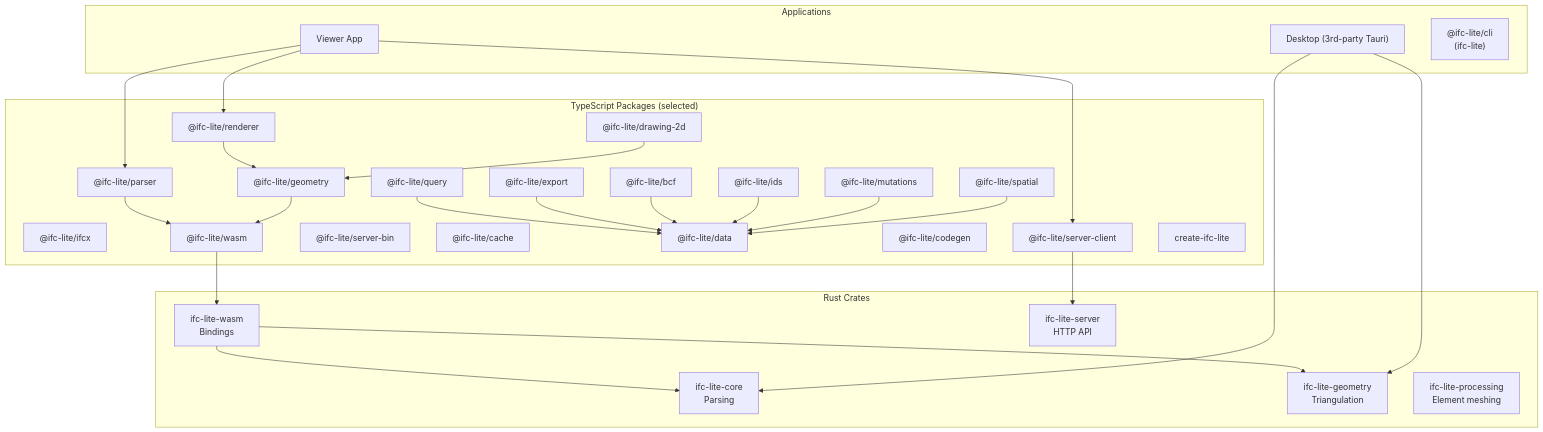
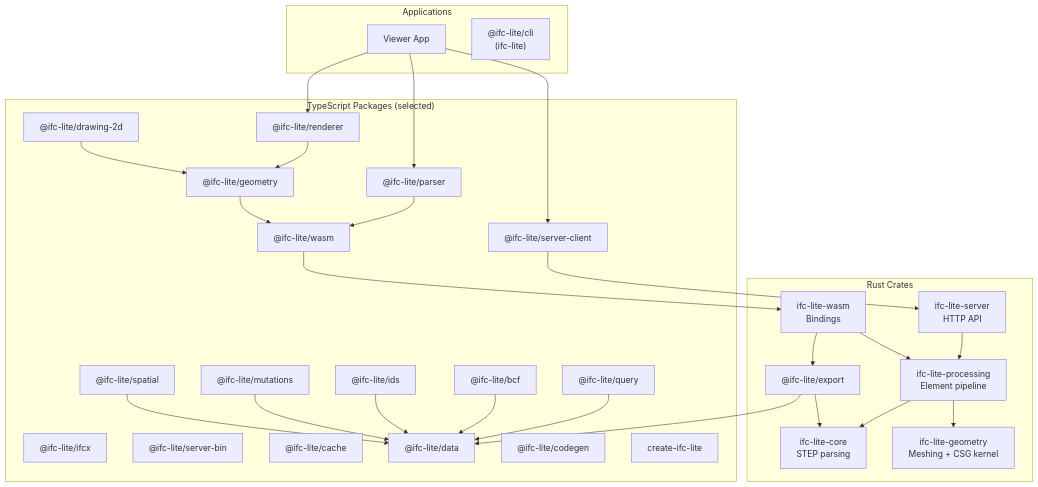
The seventh of 18 diagrams in docs/architecture/overview.md (LTplus-AG/ifc-lite), drawn with Mermaid before and after one commit. The commit also changed other lines of this file and 78 other files, not shown here.

````diff
--- a/docs/architecture/overview.md
+++ b/docs/architecture/overview.md
@@ -198,57 +198,59 @@
 ```mermaid
 graph TB
     subgraph Rust["Rust Crates"]
-        Core["ifc-lite-core<br/>Parsing"]
-        Geo["ifc-lite-geometry<br/>Triangulation"]
-        Processing["ifc-lite-processing<br/>Element meshing"]
+        Core["ifc-lite-core<br/>STEP parsing"]
+        Geo["ifc-lite-geometry<br/>Meshing + CSG kernel"]
+        Processing["ifc-lite-processing<br/>Element pipeline"]
+        Export["ifc-lite-export<br/>Exporters"]
         Wasm["ifc-lite-wasm<br/>Bindings"]
         Server["ifc-lite-server<br/>HTTP API"]
     end
 
     subgraph TS["TypeScript Packages (selected)"]
         Parser["@ifc-lite/parser"]
         IFCX["@ifc-lite/ifcx"]
         Geometry["@ifc-lite/geometry"]
         Renderer["@ifc-lite/renderer"]
         ServerClient["@ifc-lite/server-client"]
         ServerBin["@ifc-lite/server-bin"]
         Cache["@ifc-lite/cache"]
         Query["@ifc-lite/query"]
         Data["@ifc-lite/data"]
         Export["@ifc-lite/export"]
         BCF["@ifc-lite/bcf"]
         IDS["@ifc-lite/ids"]
         Drawing2D["@ifc-lite/drawing-2d"]
         Mutations["@ifc-lite/mutations"]
         Spatial["@ifc-lite/spatial"]
         Codegen["@ifc-lite/codegen"]
         WasmTS["@ifc-lite/wasm"]
         CreateCLI["create-ifc-lite"]
     end
 
     subgraph Apps["Applications"]
         Viewer["Viewer App"]
-        Desktop["Desktop (3rd-party Tauri)"]
         CLI["@ifc-lite/cli<br/>(ifc-lite)"]
     end
 
-    Wasm --> Core
-    Wasm --> Geo
+    Processing --> Core
+    Processing --> Geo
+    Export --> Core
+    Server --> Processing
+    Wasm --> Processing
+    Wasm --> Export
     Parser --> WasmTS
     WasmTS --> Wasm
     Geometry --> WasmTS
     Renderer --> Geometry
     ServerClient --> Server
     Query --> Data
     Export --> Data
     BCF --> Data
     IDS --> Data
     Drawing2D --> Geometry
     Mutations --> Data
     Spatial --> Data
     Viewer --> Parser
     Viewer --> Renderer
     Viewer --> ServerClient
-    Desktop --> Core
-    Desktop --> Geo
 ```
````
